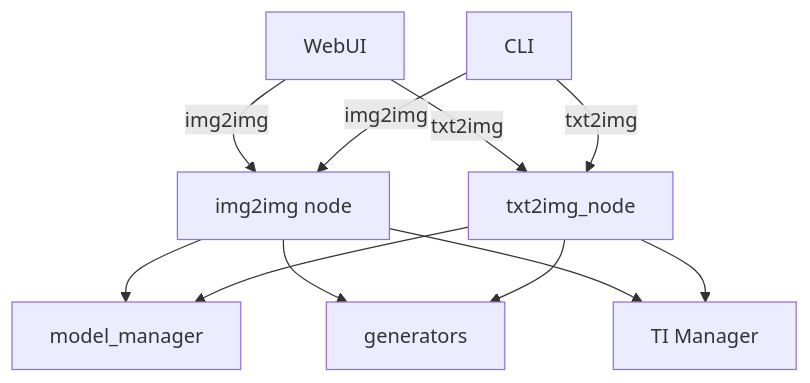
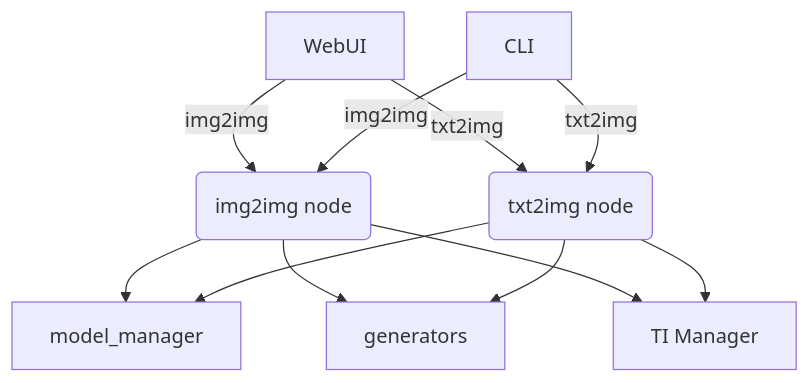
The fourth of 4 diagrams in docs/help/contributing/090_NODE_TRANSFORMATION.md (invoke-ai/InvokeAI), drawn with Mermaid before and after one commit. The commit also changed other lines of this file, not shown here.

Commit message:
minor improvement to mermaid diagrams

````diff
--- a/docs/help/contributing/090_NODE_TRANSFORMATION.md
+++ b/docs/help/contributing/090_NODE_TRANSFORMATION.md
@@ -62,15 +62,15 @@
 ```mermaid
 flowchart TD
     web[WebUI];
     cli[CLI];
-    web -- img2img --> img2img_node[img2img node];
-    cli -- img2img --> img2img_node;
-    web -- txt2img --> txt2img_node;
-    cli -- txt2img --> txt2img_node;
+    web --> |img2img|img2img_node(img2img node);
+    cli --> |img2img|img2img_node;
+    web --> |txt2img|txt2img_node(txt2img node);
+    cli --> |txt2img|txt2img_node;
     img2img_node --> model_manager;
     txt2img_node --> model_manager;
     img2img_node --> generators;
     txt2img_node --> generators;
     img2img_node --> ti_manager[TI Manager];
     txt2img_node --> ti_manager[TI Manager];
 ```
````
